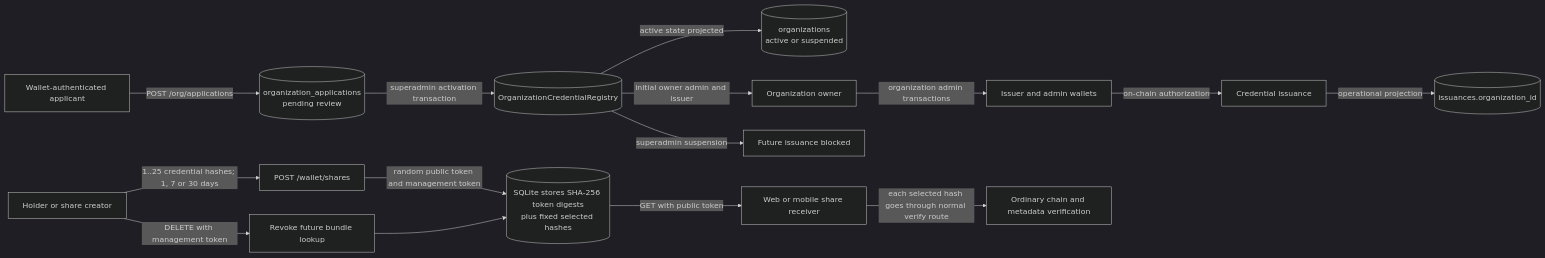
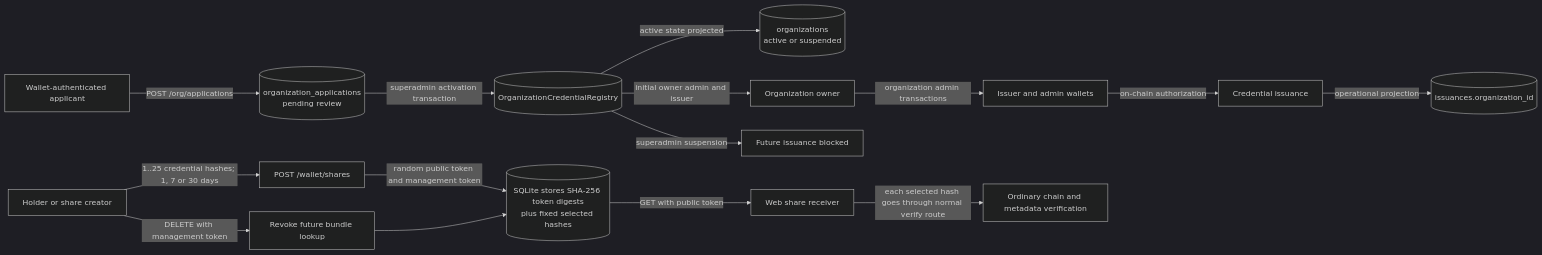
The seventh of 8 diagrams in docs/architecture/diagrams.md (vishnunathasuresh/credora), drawn with Mermaid (dark theme) before and after one commit. The commit also changed other lines of this file and 42 other files, not shown here.

````diff
--- a/docs/architecture/diagrams.md
+++ b/docs/architecture/diagrams.md
@@ -346,18 +330,18 @@
 ```mermaid
 flowchart LR
   Applicant[Wallet-authenticated applicant] -->|POST /org/applications| Pending[(organization_applications<br/>pending review)]
   Pending -->|superadmin activation transaction| Registry[(OrganizationCredentialRegistry)]
   Registry -->|active state projected| Org[(organizations<br/>active or suspended)]
   Registry -->|initial owner admin and issuer| Owner[Organization owner]
   Owner -->|organization admin transactions| Keys[Issuer and admin wallets]
   Keys -->|on-chain authorization| Issue[Credential issuance]
   Issue -->|operational projection| Issuance[(issuances.organization_id)]
   Registry -->|superadmin suspension| Suspended[Future issuance blocked]
 
   Holder[Holder or share creator] -->|1..25 credential hashes; 1, 7 or 30 days| Create[POST /wallet/shares]
   Create -->|random public token and management token| ShareDb[(SQLite stores SHA-256 token digests<br/>plus fixed selected hashes)]
-  ShareDb -->|GET with public token| Receiver[Web or mobile share receiver]
+  ShareDb -->|GET with public token| Receiver[Web share receiver]
   Receiver -->|each selected hash goes through normal verify route| Verify[Ordinary chain and metadata verification]
   Holder -->|DELETE with management token| Revoke[Revoke future bundle lookup]
   Revoke --> ShareDb
 ```
````
